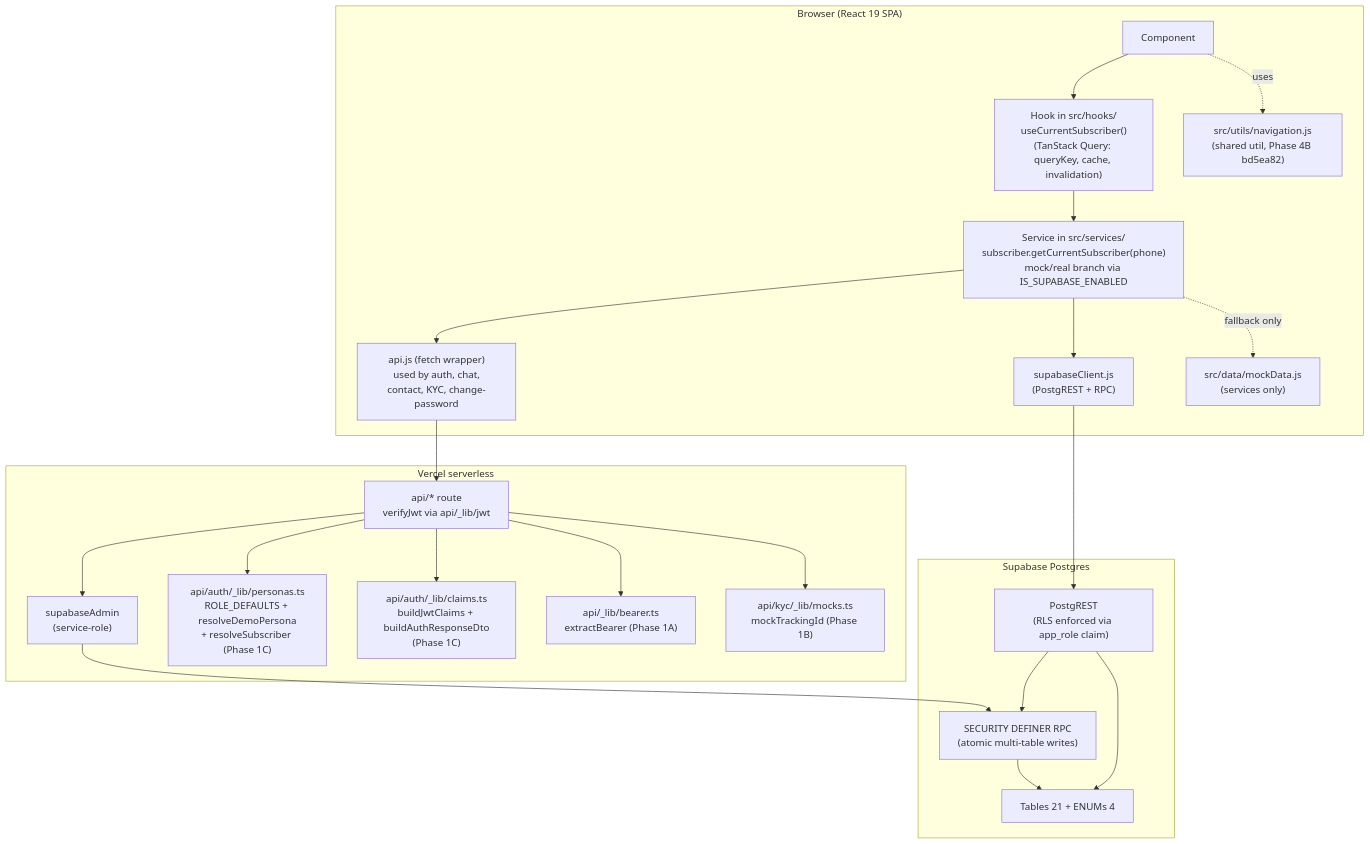
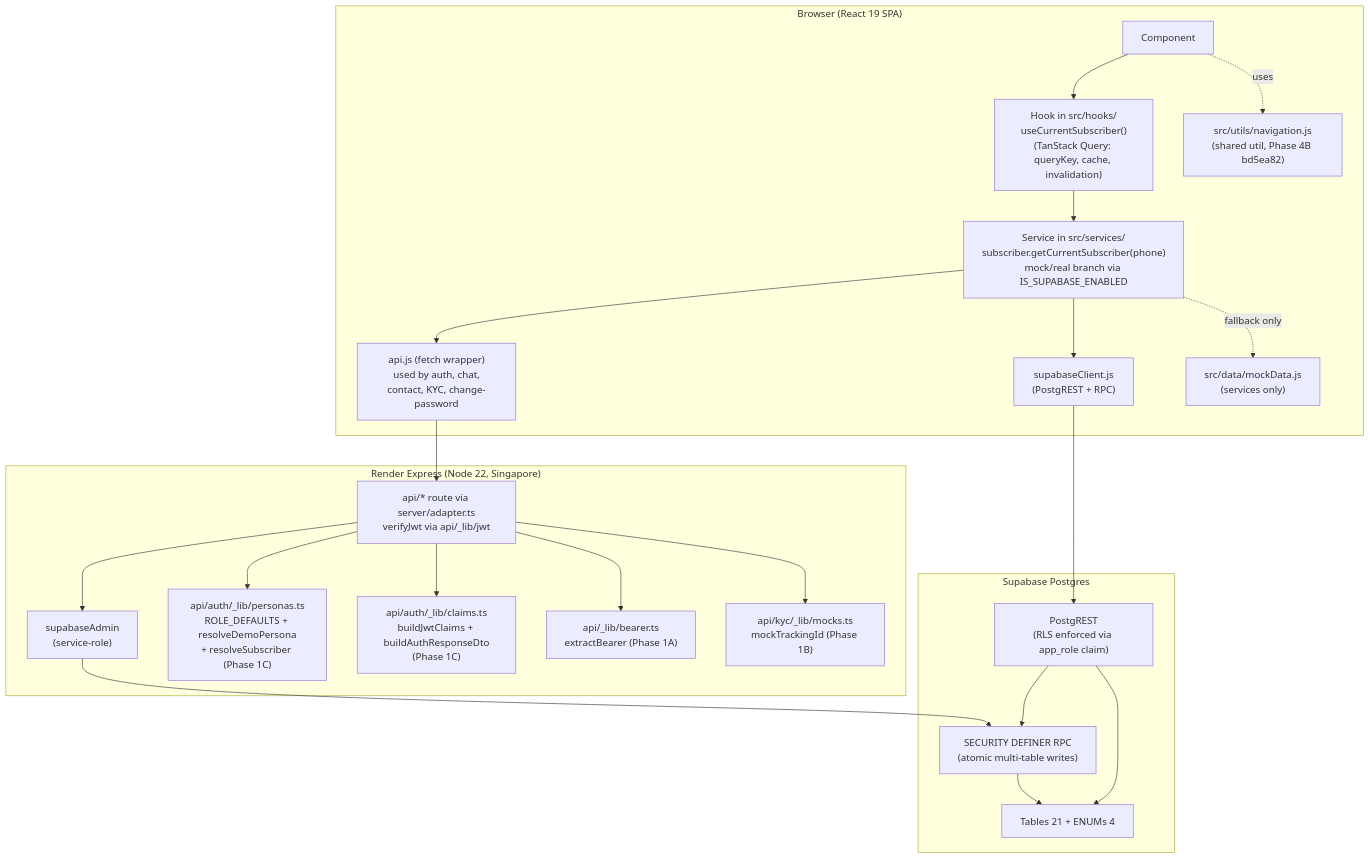
The diagram in ARCHITECTURE.md (shubhang1992/uganda-dashboard), drawn with Mermaid before and after one commit. The commit also changed other lines of this file and 5 other files, not shown here.

````diff
--- a/ARCHITECTURE.md
+++ b/ARCHITECTURE.md
@@ -101,45 +101,45 @@
 ```mermaid
 flowchart TB
   subgraph Browser["Browser (React 19 SPA)"]
     C[Component<br/><Balance amount=.../>]
     H["Hook in src/hooks/<br/>useCurrentSubscriber()<br/>(TanStack Query: queryKey, cache, invalidation)"]
     S["Service in src/services/<br/>subscriber.getCurrentSubscriber(phone)<br/>mock/real branch via IS_SUPABASE_ENABLED"]
     SC["supabaseClient.js<br/>(PostgREST + RPC)"]
     AJ["api.js (fetch wrapper)<br/>used by auth, chat,<br/>contact, KYC, change-password"]
     MD["src/data/mockData.js<br/>(services only)"]
     UTIL["src/utils/navigation.js<br/>(shared util, Phase 4B bd5ea82)"]
   end
 
-  subgraph Server["Vercel serverless"]
-    AR["api/* route<br/>verifyJwt via api/_lib/jwt"]
+  subgraph Server["Render Express (Node 22, Singapore)"]
+    AR["api/* route via server/adapter.ts<br/>verifyJwt via api/_lib/jwt"]
     SA["supabaseAdmin<br/>(service-role)"]
     AL1["api/auth/_lib/personas.ts<br/>ROLE_DEFAULTS + resolveDemoPersona<br/>+ resolveSubscriber (Phase 1C)"]
     AL2["api/auth/_lib/claims.ts<br/>buildJwtClaims + buildAuthResponseDto<br/>(Phase 1C)"]
     BR["api/_lib/bearer.ts<br/>extractBearer (Phase 1A)"]
     KM["api/kyc/_lib/mocks.ts<br/>mockTrackingId (Phase 1B)"]
   end
 
   subgraph DB["Supabase Postgres"]
     PG["PostgREST<br/>(RLS enforced via app_role claim)"]
     RPC["SECURITY DEFINER RPC<br/>(atomic multi-table writes)"]
     T[Tables 21 + ENUMs 4]
   end
 
   C --> H
   H --> S
   S --> AJ
   S --> SC
   S -.->|fallback only| MD
   C -. uses .-> UTIL
   AJ --> AR
   AR --> BR
   AR --> AL1
   AR --> AL2
   AR --> KM
   AR --> SA
   SC --> PG
   SA --> RPC
   PG --> RPC
   RPC --> T
   PG --> T
 ```
````
